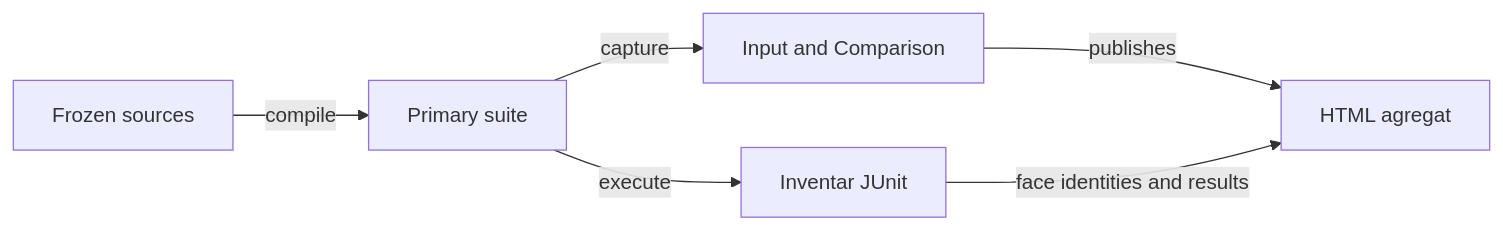
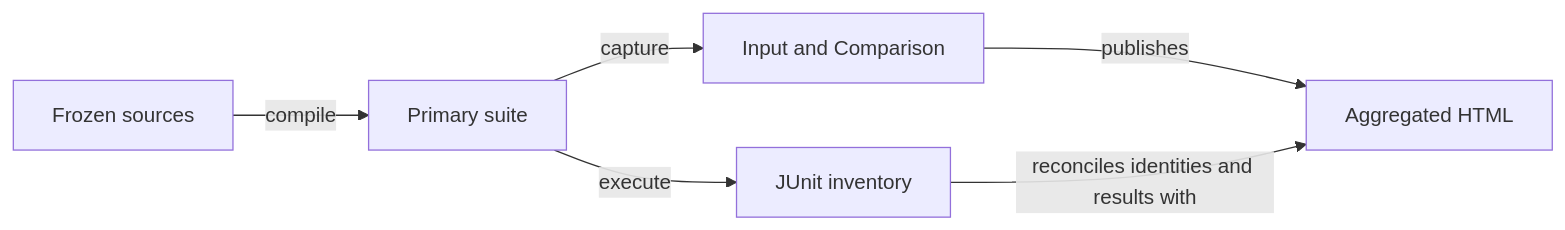
The second of 2 diagrams in docs/reporting/ATF_Audit.md (crististefanita/atf_j4), drawn with Mermaid before and after one commit. The commit also changed other lines of this file and 126 other files, not shown here.

````diff
--- a/docs/reporting/ATF_Audit.md
+++ b/docs/reporting/ATF_Audit.md
@@ -70,8 +70,8 @@
 ```mermaid
 flowchart LR
     SOURCE[Frozen sources] -->|compile| SUITE[Primary suite]
-    SUITE -->|execute| JUNIT[Inventar JUnit]
+    SUITE -->|execute| JUNIT[JUnit inventory]
     SUITE -->|capture| AUDIT[Input and Comparison]
-    AUDIT -->|publishes| HTML[HTML agregat]
-    JUNIT -->|face identities and results| HTML
+    AUDIT -->|publishes| HTML[Aggregated HTML]
+    JUNIT -->|reconciles identities and results with| HTML
 ```
````
